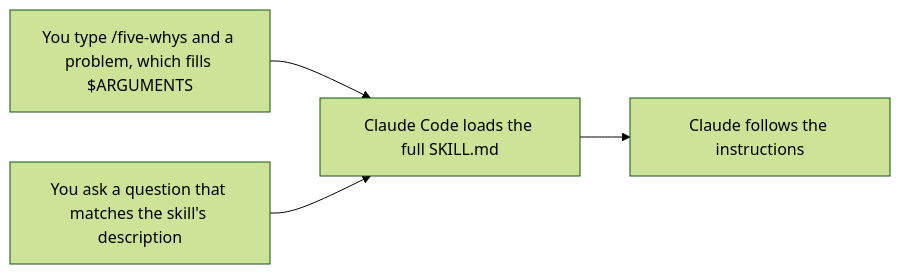
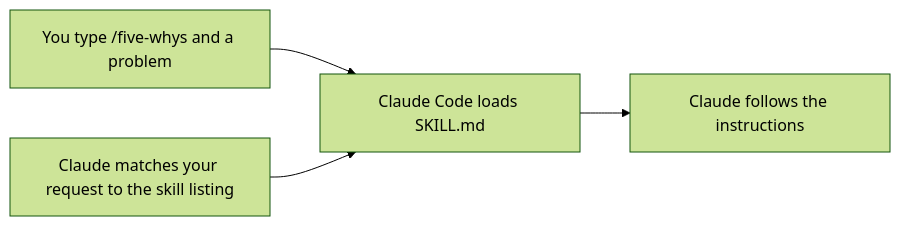
The diagram in docs/intermediate/01-first-skill.md (wesammustafa/Claude-Code-Everything-You-Need-to-Know), drawn with Mermaid (forest theme) before and after one commit. The commit also changed other lines of this file and 10 other files, not shown here.

````diff
--- a/docs/intermediate/01-first-skill.md
+++ b/docs/intermediate/01-first-skill.md
@@ -23,8 +23,8 @@
 ```mermaid
 flowchart LR
   accTitle: Two ways a skill runs
-  accDescr: You type the skill's name and a problem, which fills $ARGUMENTS, or Claude matches your request to the skill's description. Either way Claude Code loads the full SKILL.md, and Claude follows its instructions.
-  A["You type /five-whys and a problem, which fills $ARGUMENTS"] --> C["Claude Code loads the full SKILL.md"]
-  B["You ask a question that matches the skill's description"] --> C
+  accDescr: You invoke a skill by name, or Claude matches a request to its listing. Either way Claude Code loads the full skill instructions.
+  A["You type /five-whys and a problem"] --> C["Claude Code loads SKILL.md"]
+  B["Claude matches your request to the skill listing"] --> C
   C --> D["Claude follows the instructions"]
 ```
````
